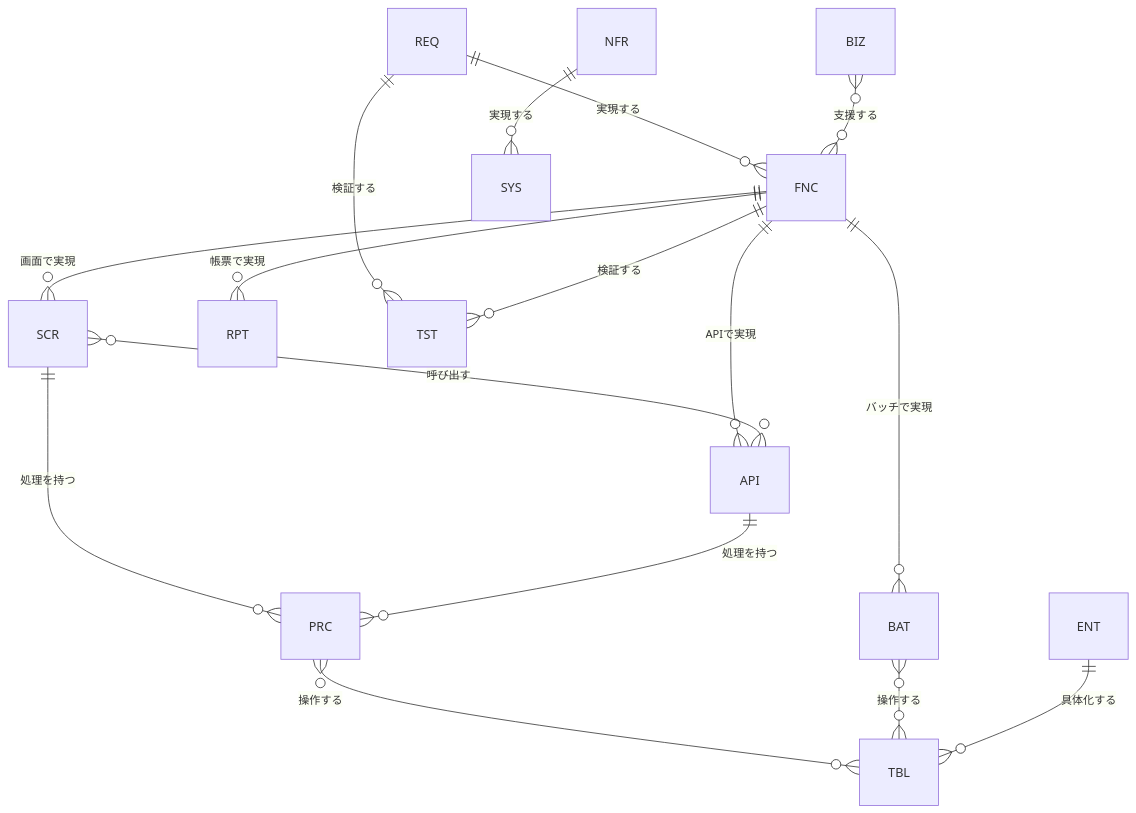
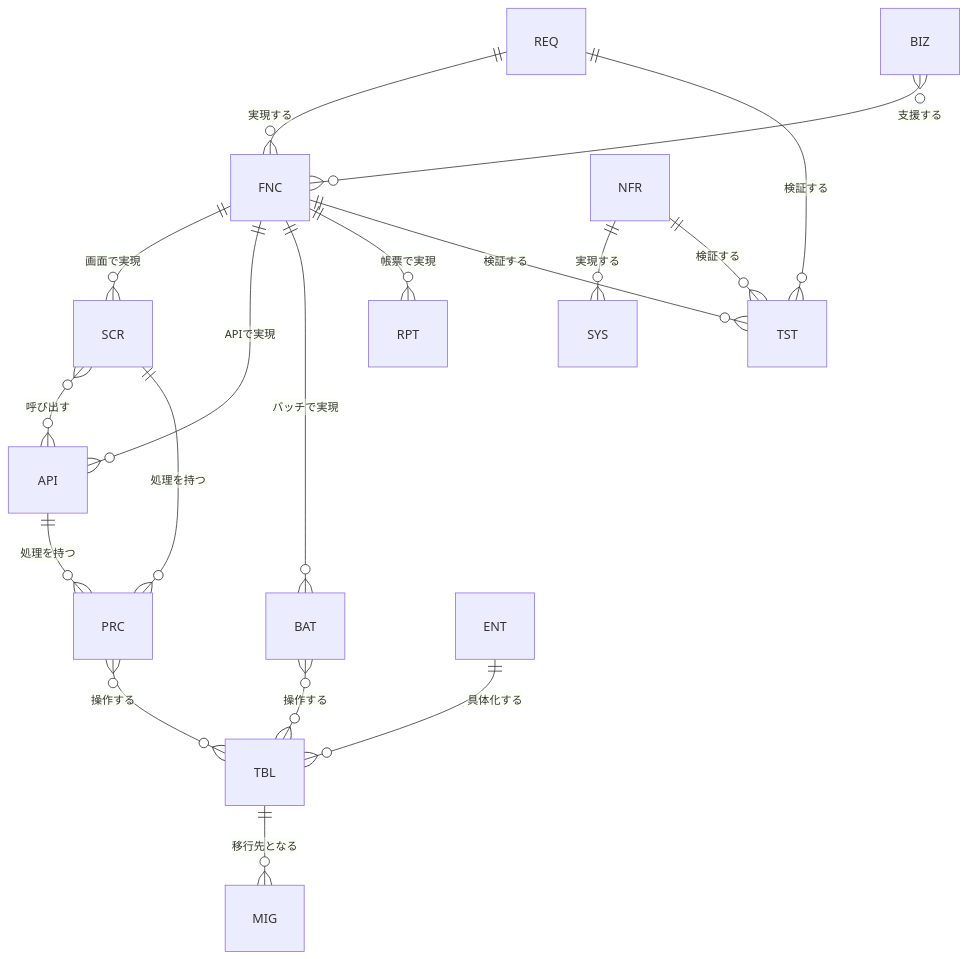
One commit to sonezakinoobuki/design_template changed the third of 3 diagrams in design-standards/00_標準定義/02_設計書体系定義書.md. Above: the diagram before and after it, drawn with Mermaid. The commit also changed other lines of this file and 5 other files, not shown here.

````diff
--- a/design-standards/00_標準定義/02_設計書体系定義書.md
+++ b/design-standards/00_標準定義/02_設計書体系定義書.md
@@ -622,18 +652,20 @@
 ```mermaid
 erDiagram
     REQ ||--o{ FNC : "実現する"
     NFR ||--o{ SYS : "実現する"
     BIZ }o--o{ FNC : "支援する"
     FNC ||--o{ SCR : "画面で実現"
     FNC ||--o{ API : "APIで実現"
     FNC ||--o{ BAT : "バッチで実現"
     FNC ||--o{ RPT : "帳票で実現"
     SCR }o--o{ API : "呼び出す"
     SCR ||--o{ PRC : "処理を持つ"
     API ||--o{ PRC : "処理を持つ"
     PRC }o--o{ TBL : "操作する"
     BAT }o--o{ TBL : "操作する"
     ENT ||--o{ TBL : "具体化する"
     REQ ||--o{ TST : "検証する"
     FNC ||--o{ TST : "検証する"
+    NFR ||--o{ TST : "検証する"
+    TBL ||--o{ MIG : "移行先となる"
 ```
````
